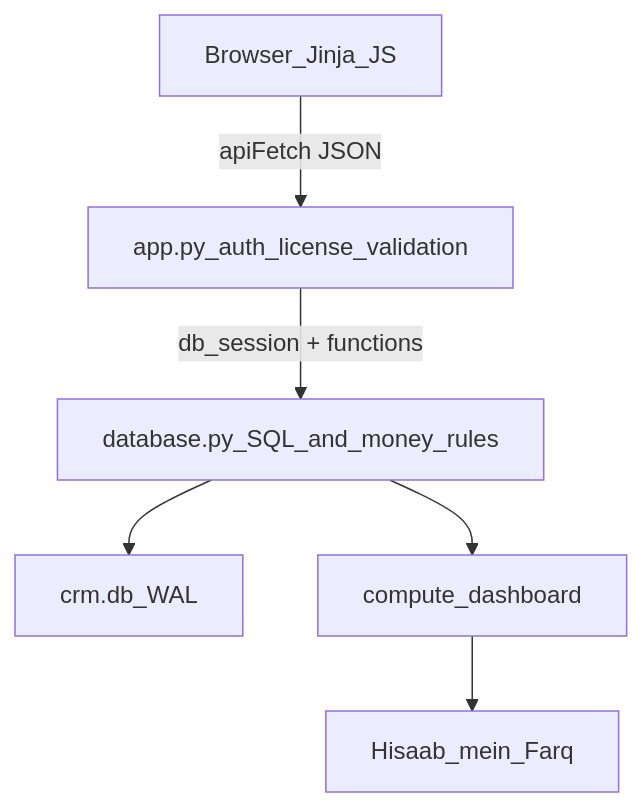
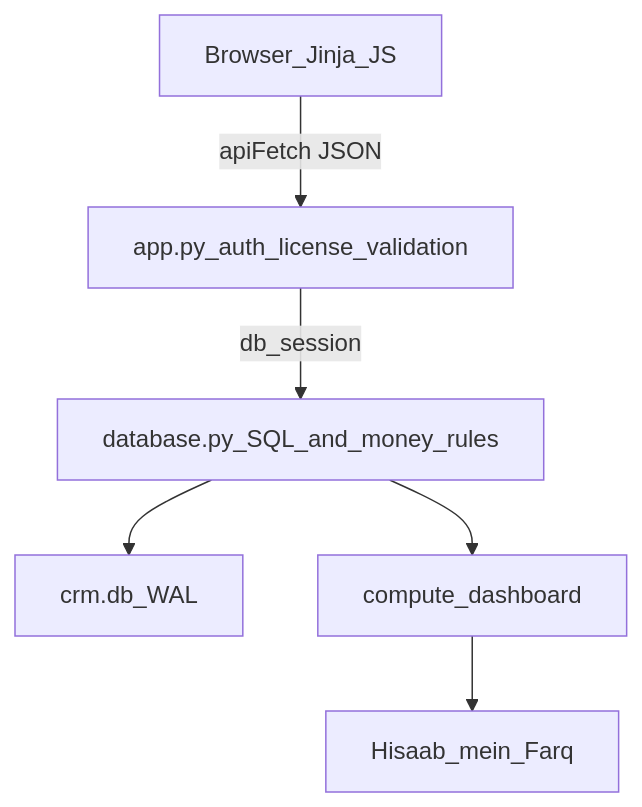
One commit to HeavyGod-hehe/MobileCRM changed the diagram in artifacts/CRM_FULL_AUDIT_REPORT.md. Above: the diagram before and after it, drawn with Mermaid. The commit also changed other lines of this file and 10 other files, not shown here.

First line of the commit message:
fix: full-bill khata posting and architecture audit remediations

````diff
--- a/artifacts/CRM_FULL_AUDIT_REPORT.md
+++ b/artifacts/CRM_FULL_AUDIT_REPORT.md
@@ -49,12 +74,12 @@
 ```mermaid
 flowchart TB
   Browser[Browser_Jinja_JS]
   App[app.py_auth_license_validation]
   DB[database.py_SQL_and_money_rules]
   SQLite[crm.db_WAL]
   Browser -->|"apiFetch JSON"| App
-  App -->|"db_session + functions"| DB
+  App -->|"db_session"| DB
   DB --> SQLite
   DB --> Formula[compute_dashboard]
   Formula --> Gap[Hisaab_mein_Farq]
 ```
````
